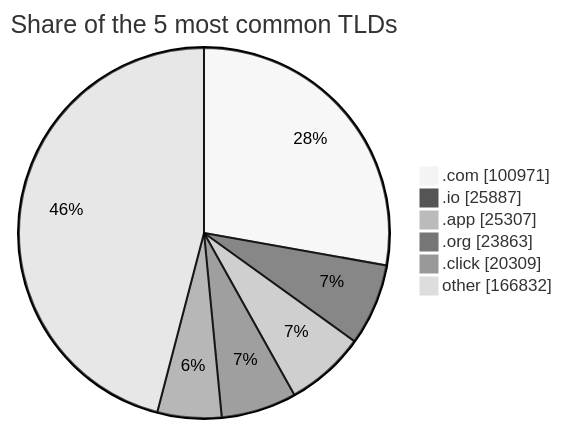
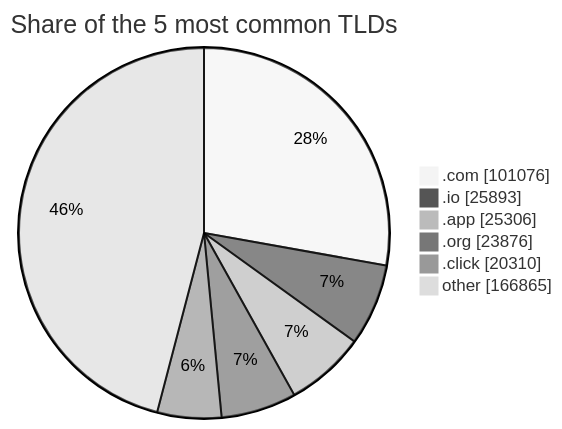
One commit to DNSBunker/CTI changed the third of 3 diagrams in README.md. Above: the diagram before and after it, drawn with Mermaid (neutral theme). The commit also changed other lines of this file and 3 other files, not shown here.

````diff
--- a/README.md
+++ b/README.md
@@ -81,9 +81,9 @@
 ```mermaid
 pie showData title Share of the 5 most common TLDs
-    ".com" : 100971
-    ".io" : 25887
-    ".app" : 25307
-    ".org" : 23863
-    ".click" : 20309
-    "other" : 166832
+    ".com" : 101076
+    ".io" : 25893
+    ".app" : 25306
+    ".org" : 23876
+    ".click" : 20310
+    "other" : 166865
 ```
````
